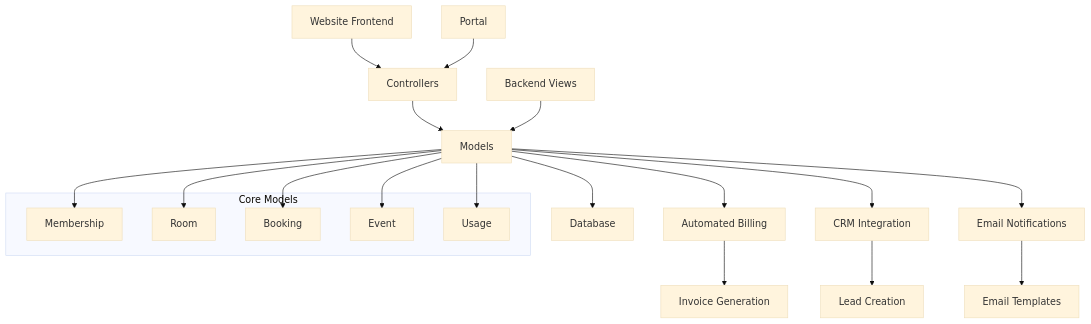
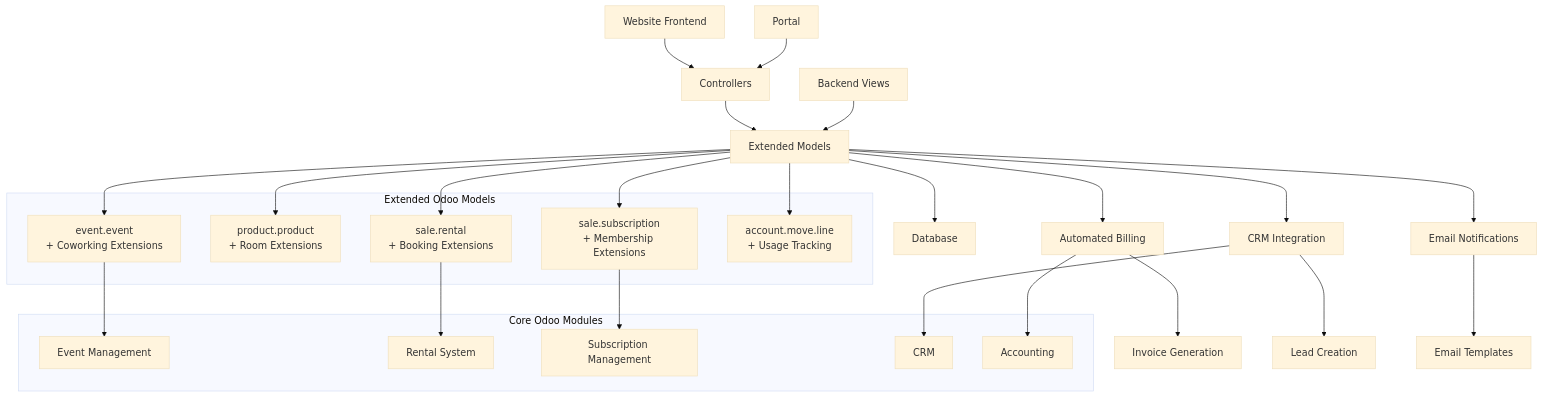
One commit to rakibhoossain/coworking_space_addon changed the first of 3 diagrams in instruction.md. Above: the diagram before and after it, drawn with Mermaid (base theme). The commit also changed other lines of this file and 16 other files, not shown here.

````diff
--- a/instruction.md
+++ b/instruction.md
@@ -42,31 +45,45 @@
 ```mermaid
 graph TB
     A[Website Frontend] --> B[Controllers]
-    B --> C[Models]
+    B --> C[Extended Models]
     C --> D[Database]
-    
+
     E[Portal] --> B
     F[Backend Views] --> C
-    
+
     C --> G[Automated Billing]
     C --> H[CRM Integration]
     C --> I[Email Notifications]
-    
+
     G --> J[Invoice Generation]
     H --> K[Lead Creation]
     I --> L[Email Templates]
-    
-    subgraph "Core Models"
-        M[Membership]
-        N[Room]
-        O[Booking]
-        P[Event]
-        Q[Usage]
+
+    subgraph "Extended Odoo Models"
+        M[sale.subscription<br/>+ Membership Extensions]
+        N[product.product<br/>+ Room Extensions]
+        O[sale.rental<br/>+ Booking Extensions]
+        P[event.event<br/>+ Coworking Extensions]
+        Q[account.move.line<br/>+ Usage Tracking]
     end
-    
+
+    subgraph "Core Odoo Modules"
+        R[Event Management]
+        S[Rental System]
+        T[Subscription Management]
+        U[CRM]
+        V[Accounting]
+    end
+
     C --> M
     C --> N
     C --> O
     C --> P
     C --> Q
+
+    M --> T
+    O --> S
+    P --> R
+    H --> U
+    G --> V
 ```
````
